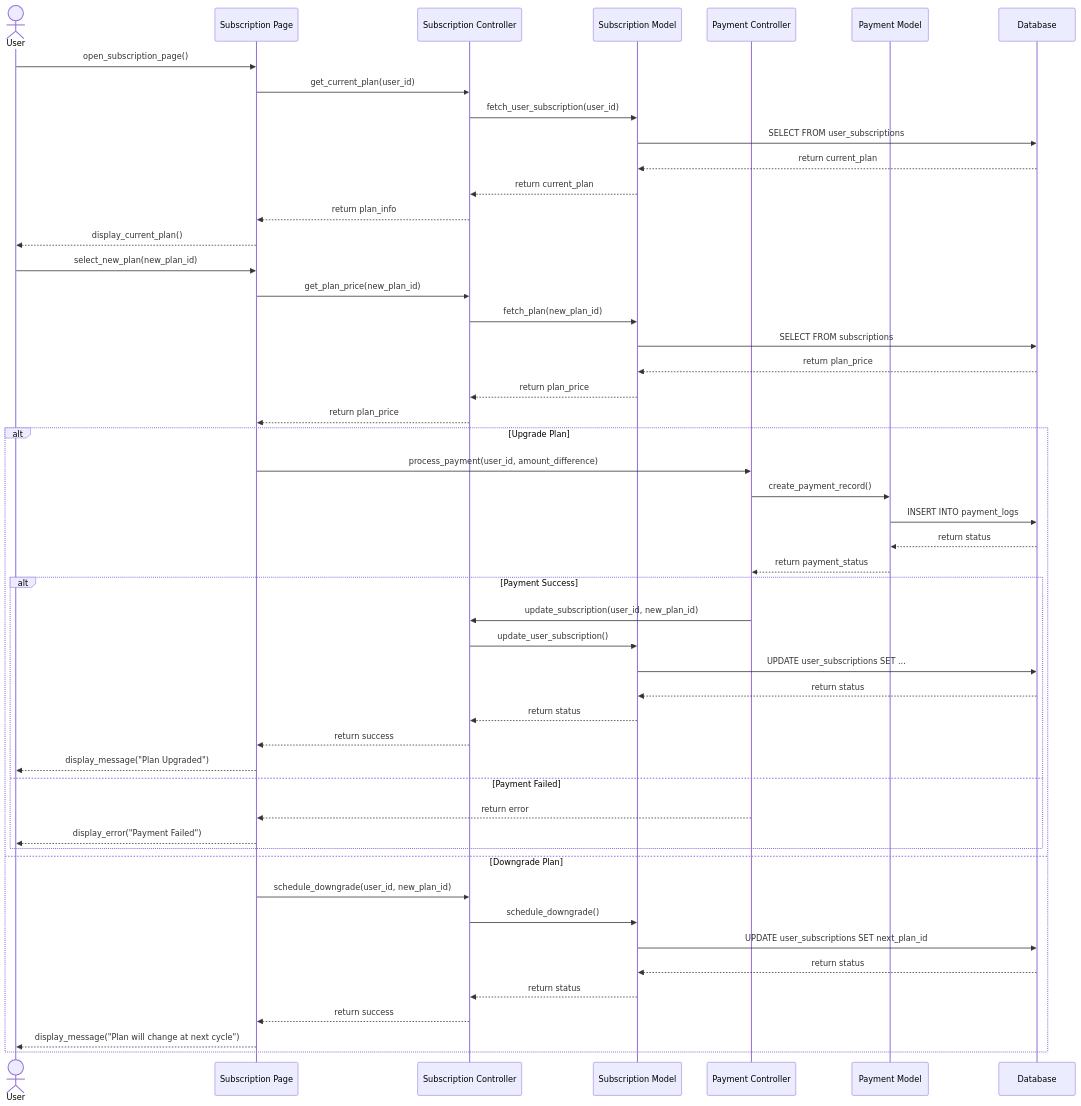
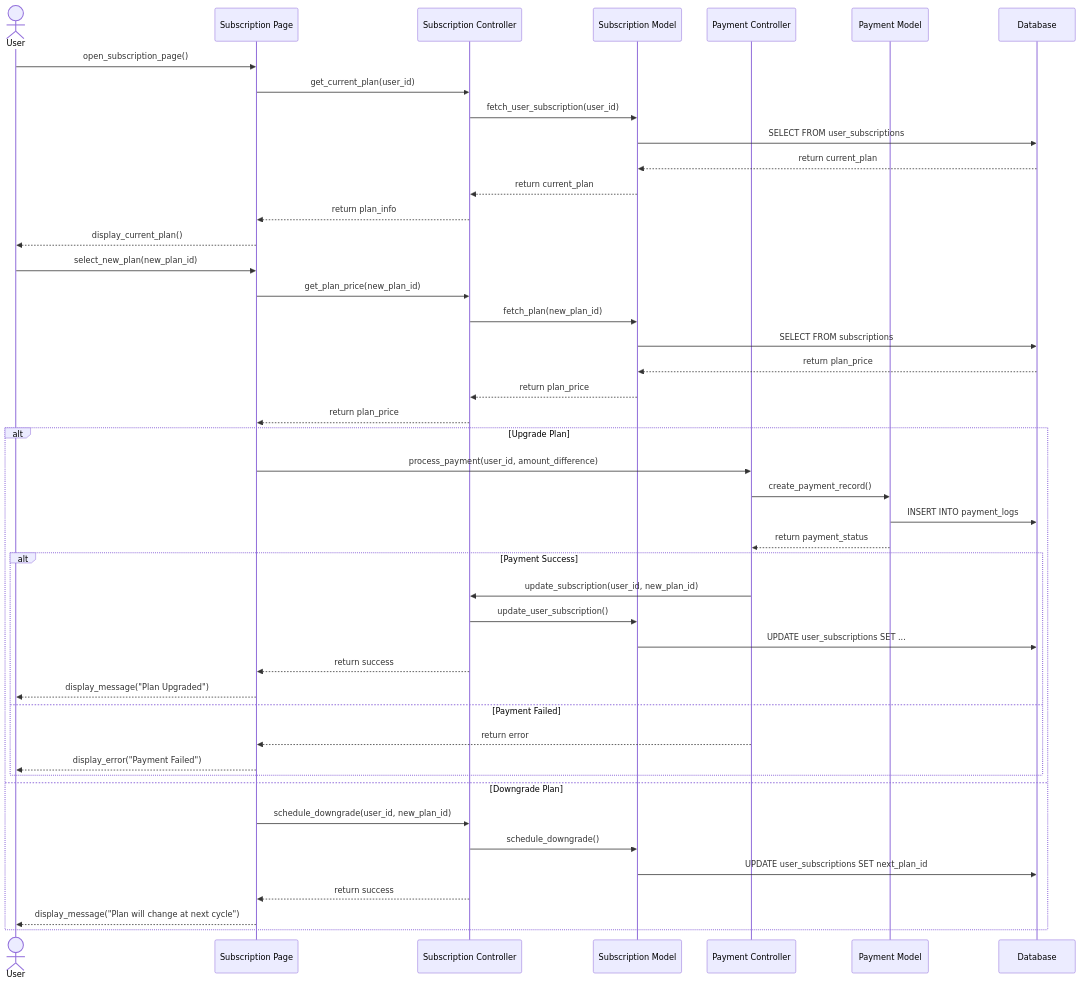
Before and after one commit to Tanaphat-Ken/ALPR-V2: diagram 19 of 20 in SYSTEM_DIAGRAMS.md, drawn with Mermaid. The commit also changed other lines of this file, not shown here.

First line of the commit message:
docs: trim sequence diagrams and split combined flows into separate diagrams

````diff
--- a/SYSTEM_DIAGRAMS.md
+++ b/SYSTEM_DIAGRAMS.md
@@ -740,55 +712,50 @@
 ```mermaid
 sequenceDiagram
     actor User
     participant SubPage as Subscription Page
     participant SubController as Subscription Controller
     participant SubModel as Subscription Model
     participant PaymentController as Payment Controller
     participant PaymentModel as Payment Model
     participant DB as Database
 
     User->>SubPage: open_subscription_page()
     SubPage->>SubController: get_current_plan(user_id)
     SubController->>SubModel: fetch_user_subscription(user_id)
     SubModel->>DB: SELECT FROM user_subscriptions
     DB-->>SubModel: return current_plan
     SubModel-->>SubController: return current_plan
     SubController-->>SubPage: return plan_info
     SubPage-->>User: display_current_plan()
 
     User->>SubPage: select_new_plan(new_plan_id)
     SubPage->>SubController: get_plan_price(new_plan_id)
     SubController->>SubModel: fetch_plan(new_plan_id)
     SubModel->>DB: SELECT FROM subscriptions
     DB-->>SubModel: return plan_price
     SubModel-->>SubController: return plan_price
     SubController-->>SubPage: return plan_price
 
     alt Upgrade Plan
         SubPage->>PaymentController: process_payment(user_id, amount_difference)
         PaymentController->>PaymentModel: create_payment_record()
         PaymentModel->>DB: INSERT INTO payment_logs
-        DB-->>PaymentModel: return status
         PaymentModel-->>PaymentController: return payment_status
         alt Payment Success
             PaymentController->>SubController: update_subscription(user_id, new_plan_id)
             SubController->>SubModel: update_user_subscription()
             SubModel->>DB: UPDATE user_subscriptions SET ...
-            DB-->>SubModel: return status
-            SubModel-->>SubController: return status
             SubController-->>SubPage: return success
             SubPage-->>User: display_message("Plan Upgraded")
         else Payment Failed
             PaymentController-->>SubPage: return error
             SubPage-->>User: display_error("Payment Failed")
         end
     else Downgrade Plan
         SubPage->>SubController: schedule_downgrade(user_id, new_plan_id)
         SubController->>SubModel: schedule_downgrade()
         SubModel->>DB: UPDATE user_subscriptions SET next_plan_id
-        DB-->>SubModel: return status
-        SubModel-->>SubController: return status
         SubController-->>SubPage: return success
         SubPage-->>User: display_message("Plan will change at next cycle")
     end
 ```
````
